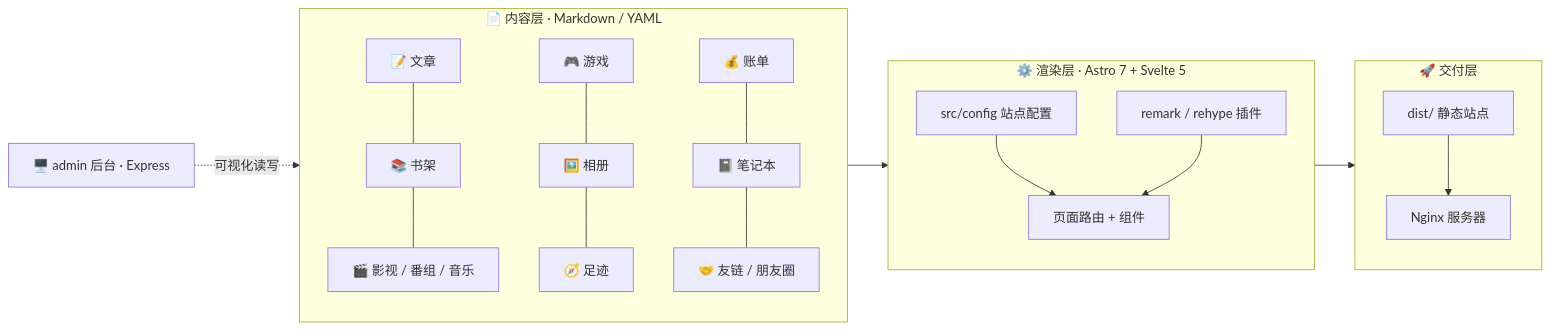
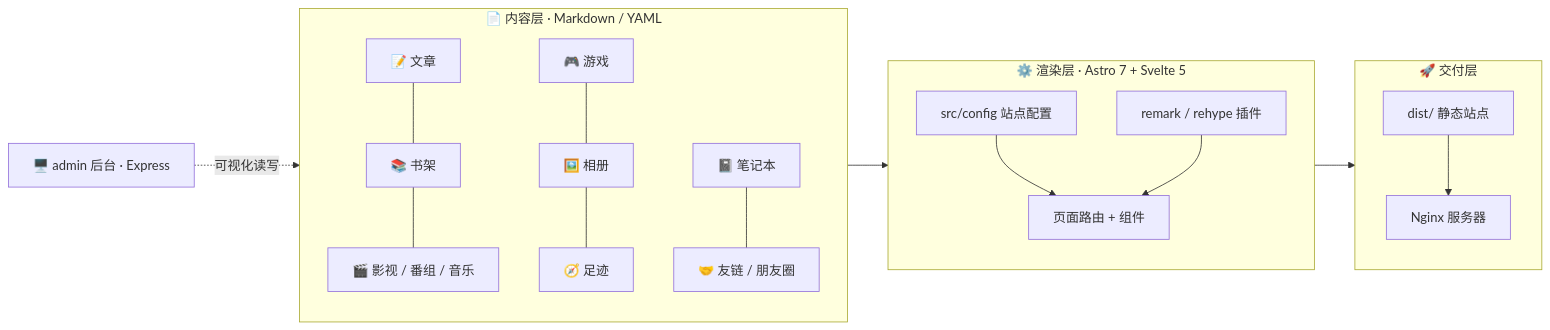
One commit to LuvGaze/Blog changed the first of 3 diagrams in README.md. Above: the diagram before and after it, drawn with Mermaid. The commit also changed other lines of this file and 3 other files, not shown here.

````diff
--- a/README.md
+++ b/README.md
@@ -42,22 +42,22 @@
 ```mermaid
 flowchart LR
     subgraph L1["📄 内容层 · Markdown / YAML"]
         direction TB
         posts["📝 文章"] --- books["📚 书架"] --- movies["🎬 影视 / 番组 / 音乐"]
         games["🎮 游戏"] --- gallery["🖼️ 相册"] --- travel["🧭 足迹"]
-        bills["💰 账单"] --- notebooks["📓 笔记本"] --- friends["🤝 友链 / 朋友圈"]
+        notebooks["📓 笔记本"] --- friends["🤝 友链 / 朋友圈"]
     end
 
     subgraph L2["⚙️ 渲染层 · Astro 7 + Svelte 5"]
         direction TB
         config["src/config 站点配置"] --> pages["页面路由 + 组件"]
         md["remark / rehype 插件"] --> pages
     end
 
     subgraph L3["🚀 交付层"]
         dist["dist/ 静态站点"] --> server["Nginx 服务器"]
     end
 
     L1 --> L2 --> L3
     admin["🖥️ admin 后台 · Express"] -. "可视化读写" .-> L1
 ```
````
